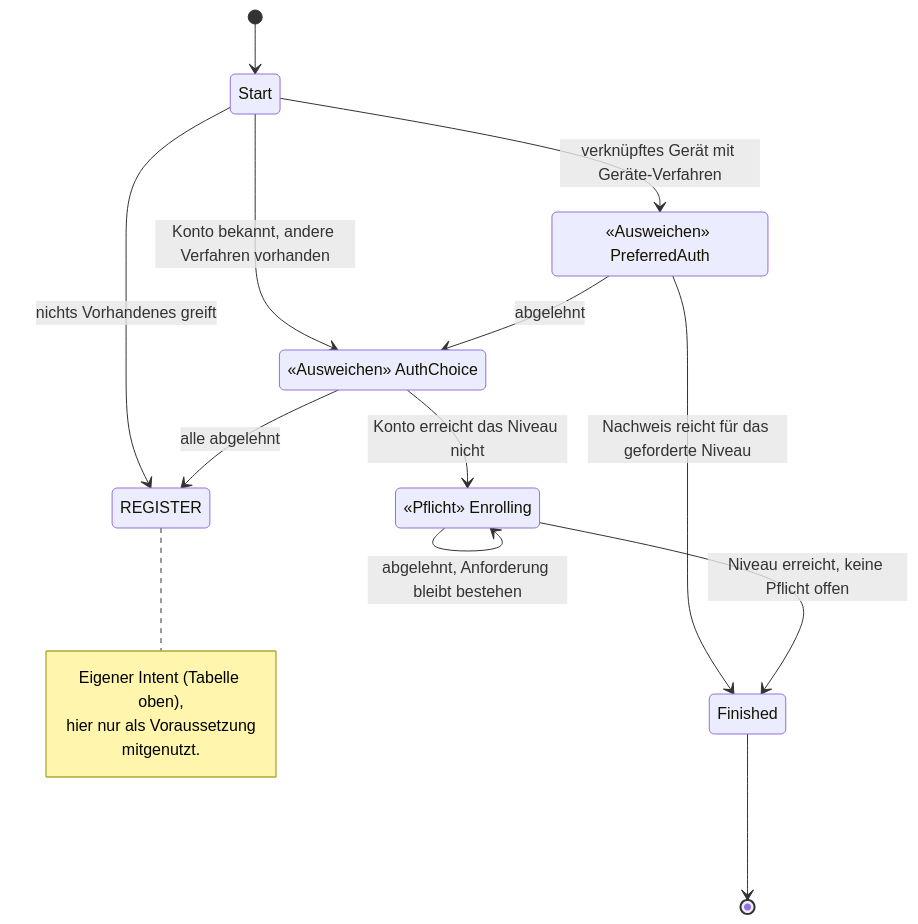
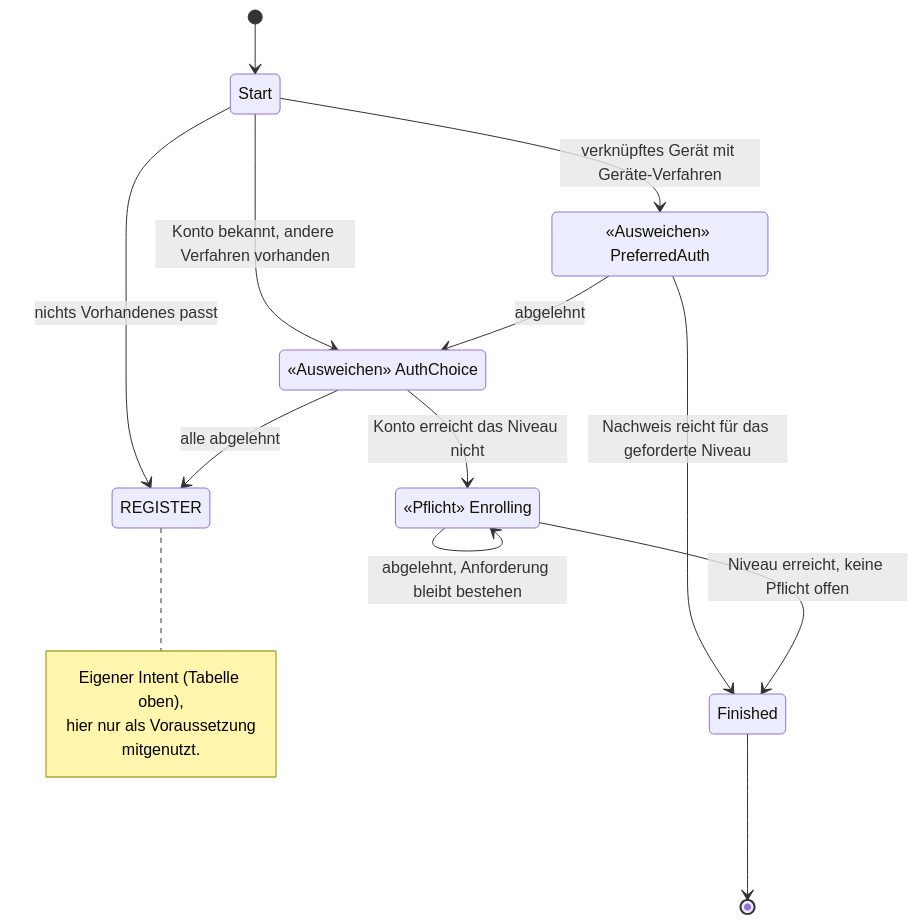
One commit to rpreissel/identity-demo changed the first of 2 diagrams in docs/04-orchestrierung.md. Above: the diagram before and after it, drawn with Mermaid. The commit also changed other lines of this file and 105 other files, not shown here.

````diff
--- a/docs/04-orchestrierung.md
+++ b/docs/04-orchestrierung.md
@@ -32,27 +38,27 @@
 ```mermaid
 stateDiagram-v2
   state "«Ausweichen» PreferredAuth" as PreferredAuth
   state "«Ausweichen» AuthChoice" as AuthChoice
   state "«Pflicht» Enrolling" as Enrolling
 
   [*] --> Start
   Start --> PreferredAuth: verknüpftes Gerät mit Geräte-Verfahren
   Start --> AuthChoice: Konto bekannt, andere Verfahren vorhanden
-  Start --> REGISTER: nichts Vorhandenes greift
+  Start --> REGISTER: nichts Vorhandenes passt
 
   PreferredAuth --> AuthChoice: abgelehnt
   AuthChoice --> REGISTER: alle abgelehnt
 
   PreferredAuth --> Finished: Nachweis reicht für das geforderte Niveau
   AuthChoice --> Enrolling: Konto erreicht das Niveau nicht
 
   Enrolling --> Enrolling: abgelehnt, Anforderung bleibt bestehen
   Enrolling --> Finished: Niveau erreicht, keine Pflicht offen
   Finished --> [*]
 
   note right of REGISTER
     Eigener Intent (Tabelle oben),
     hier nur als Voraussetzung
     mitgenutzt.
   end note
 ```
````
